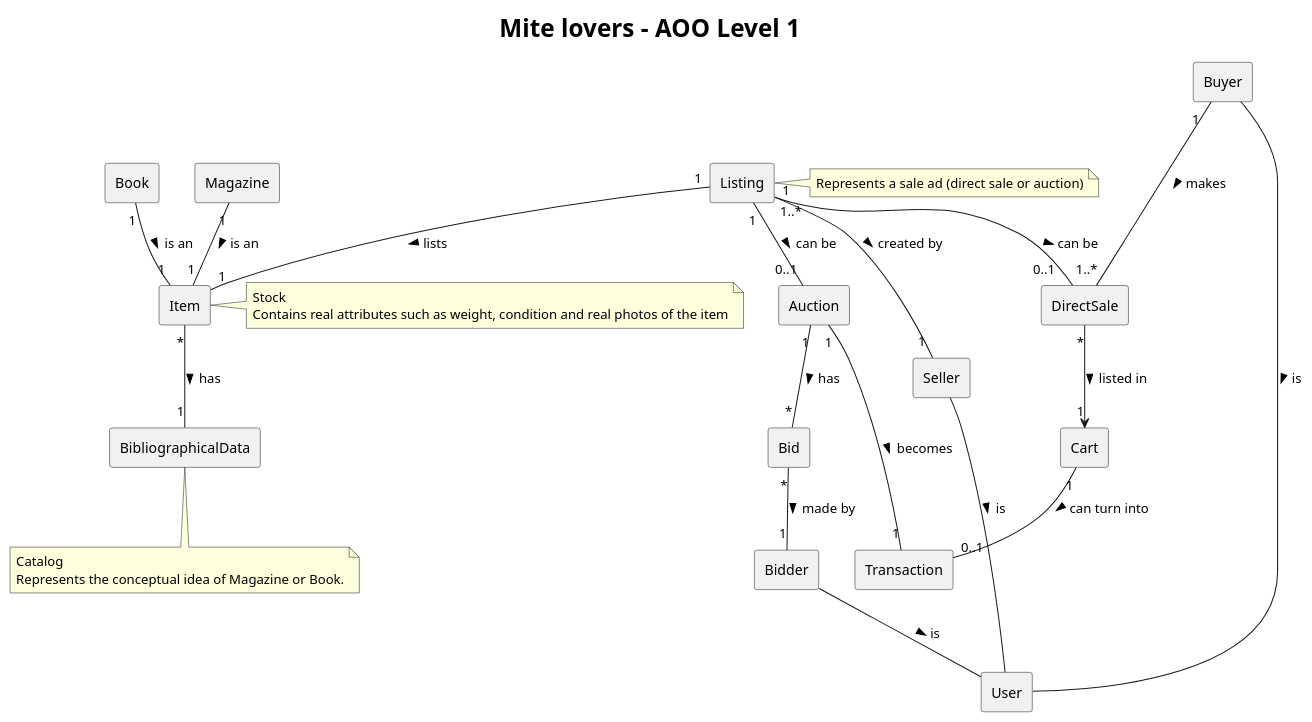
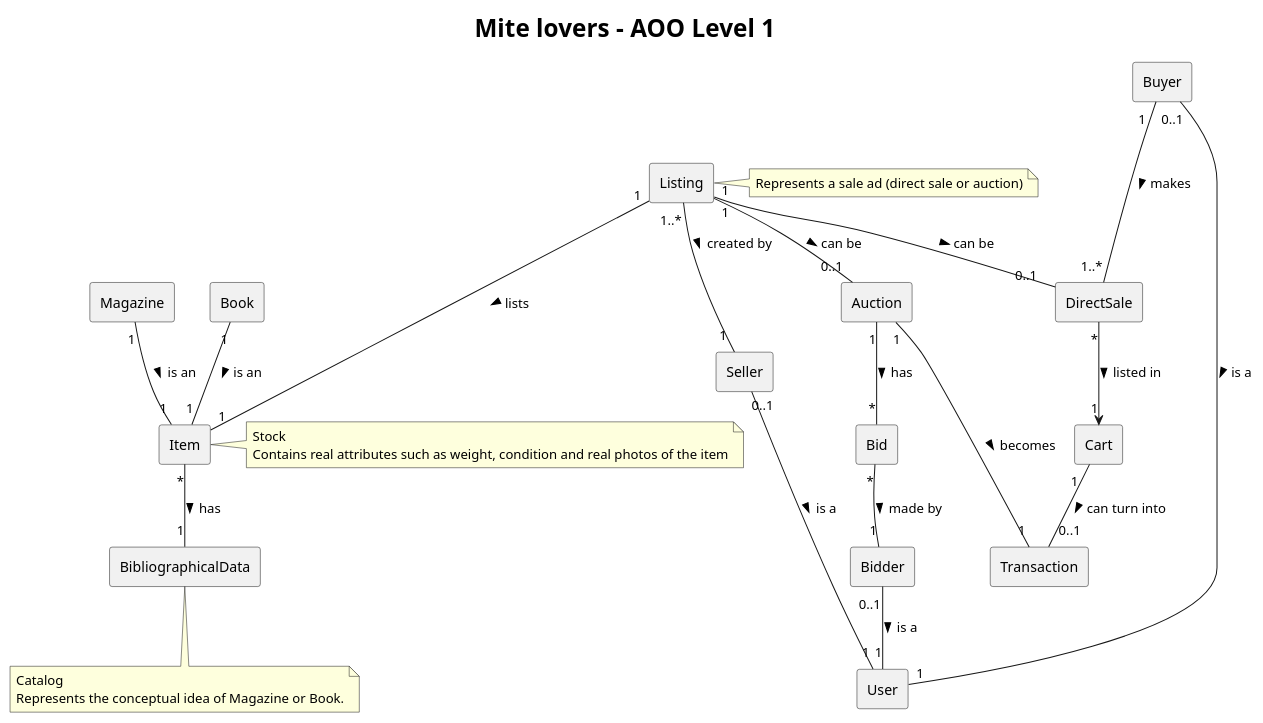
One commit to davidmarqq/MainProject_SWitCH changed the diagram in DomainModel/AOO_Level1.puml. Above: the diagram before and after it, drawn with PlantUML. The commit also changed 3 other files, not shown here.

```diff
--- a/DomainModel/AOO_Level1.puml
+++ b/DomainModel/AOO_Level1.puml
@@ -1,80 +1,80 @@
 @startuml
 'https://plantuml.com/class-diagram
 skinparam componentStyle rectangle
 title Mite lovers - AOO Level 1
 skinparam title {
   FontSize 24
 }
 
 Listing "1" -- "0..1" Auction : > can be
 Listing "1   " -- "0..1   " DirectSale : > can be
 Listing "1..*" -- "       1" Seller : > created by
-Listing "1" -- "1" Item : > lists
+Listing "1" --- "1" Item : > lists
 
 note as L
     Represents a sale ad (direct sale or auction)
     end note
 
 Listing -> L
 
 Item "*" -- "1" BibliographicalData : > has
 note as N
     Catalog
     Represents the conceptual idea of Magazine or Book.
     end note
 
 BibliographicalData --> N
 
 note as S
     Stock
     Contains real attributes such as weight, condition and real photos of the item
     end note
 
 Item - S
 
 Book "1" -- "1" Item : > is an
 Magazine "1" -- "1" Item : > is an
 
 Buyer "1  " --- "1..*" DirectSale : > makes
-Cart "1" -- "0..1" Transaction : > can turn into
+Cart "1  " -- " 0..1" Transaction : > can turn into
 DirectSale "*" --> "1" Cart : > listed in
 
 Auction "1" -- "*" Bid : > has
 Auction "1" -- "1" Transaction : > becomes
 Bid "*" -- "1" Bidder : > made by
 
-Bidder -- User : > is
+Bidder "0..1" -- "1" User : > is a
 
-Seller -- User : > is
-Buyer - User : > is
+Seller "0..1" -- "1" User : > is a
+Buyer "0..1" - "1" User : > is a
 
 component Listing{
 }
 component Item {
 }
 component BibliographicalData {
 }
 component Seller {
 }
 component Buyer {
 }
 component Bidder {
 }
 component Bid {
 }
 component Cart {
 }
 component DirectSale {
 }
 component Transaction {
 }
 component Book{
 }
 component Magazine{
 }
 component Auction {
 }
 component User {
 }
 
 @enduml
```
